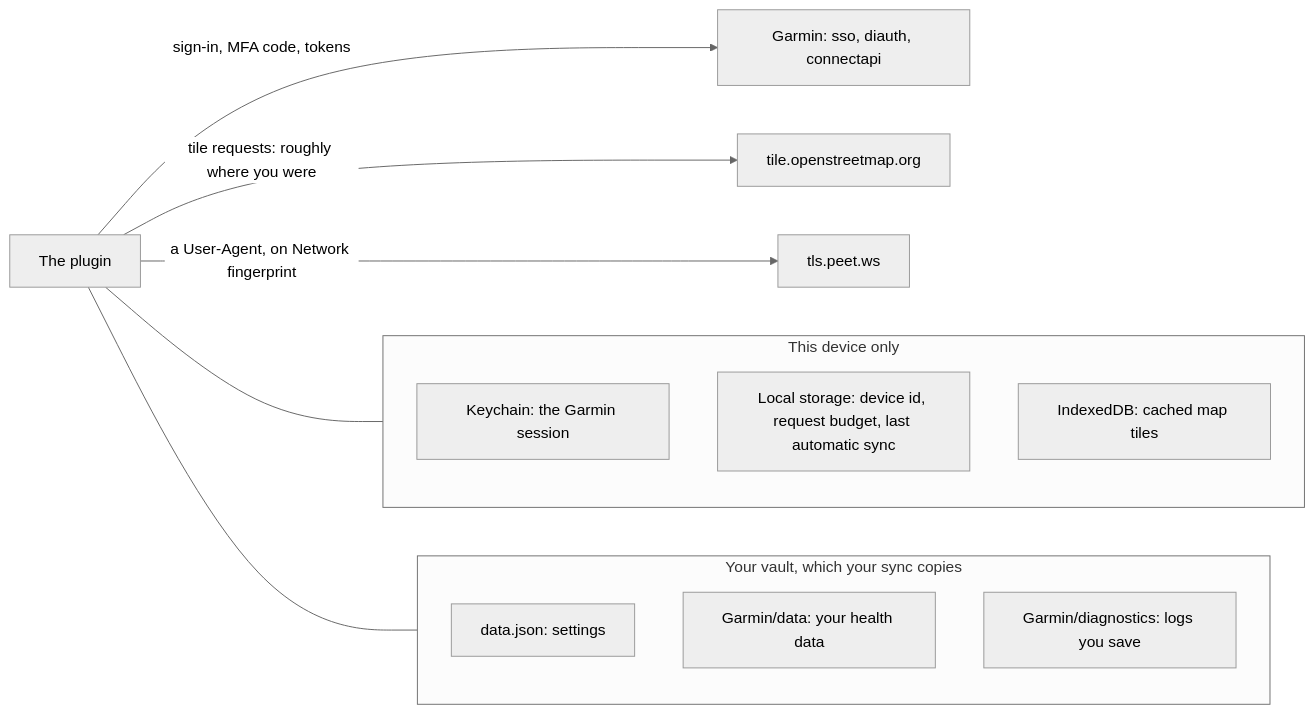
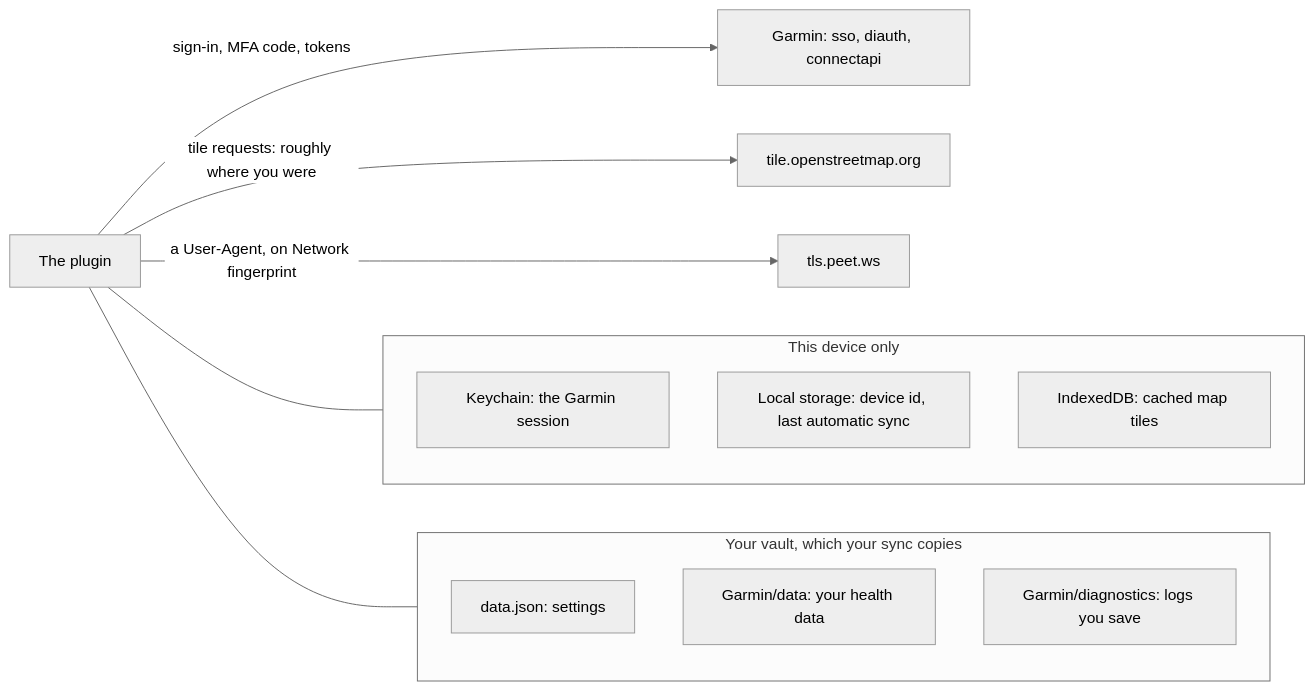
One commit to tareqayz/Obsidian-Garmin-Connect changed the diagram in docs/SECURITY.md. Above: the diagram before and after it, drawn with Mermaid (neutral theme). The commit also changed other lines of this file and 26 other files, not shown here.

````diff
--- a/docs/SECURITY.md
+++ b/docs/SECURITY.md
@@ -12,18 +12,18 @@
 ```mermaid
 flowchart LR
   subgraph device["This device only"]
     keychain["Keychain: the Garmin session"]
-    local["Local storage: device id, request budget, last automatic sync"]
+    local["Local storage: device id, last automatic sync"]
     tiles["IndexedDB: cached map tiles"]
   end
   subgraph vault["Your vault, which your sync copies"]
     settings["data.json: settings"]
     data["Garmin/data: your health data"]
     logs["Garmin/diagnostics: logs you save"]
   end
   plugin["The plugin"] --- device
   plugin --- vault
   plugin -->|"sign-in, MFA code, tokens"| garmin["Garmin: sso, diauth, connectapi"]
   plugin -->|"tile requests: roughly where you were"| osm["tile.openstreetmap.org"]
   plugin -->|"a User-Agent, on Network fingerprint"| peet["tls.peet.ws"]
 ```
````
